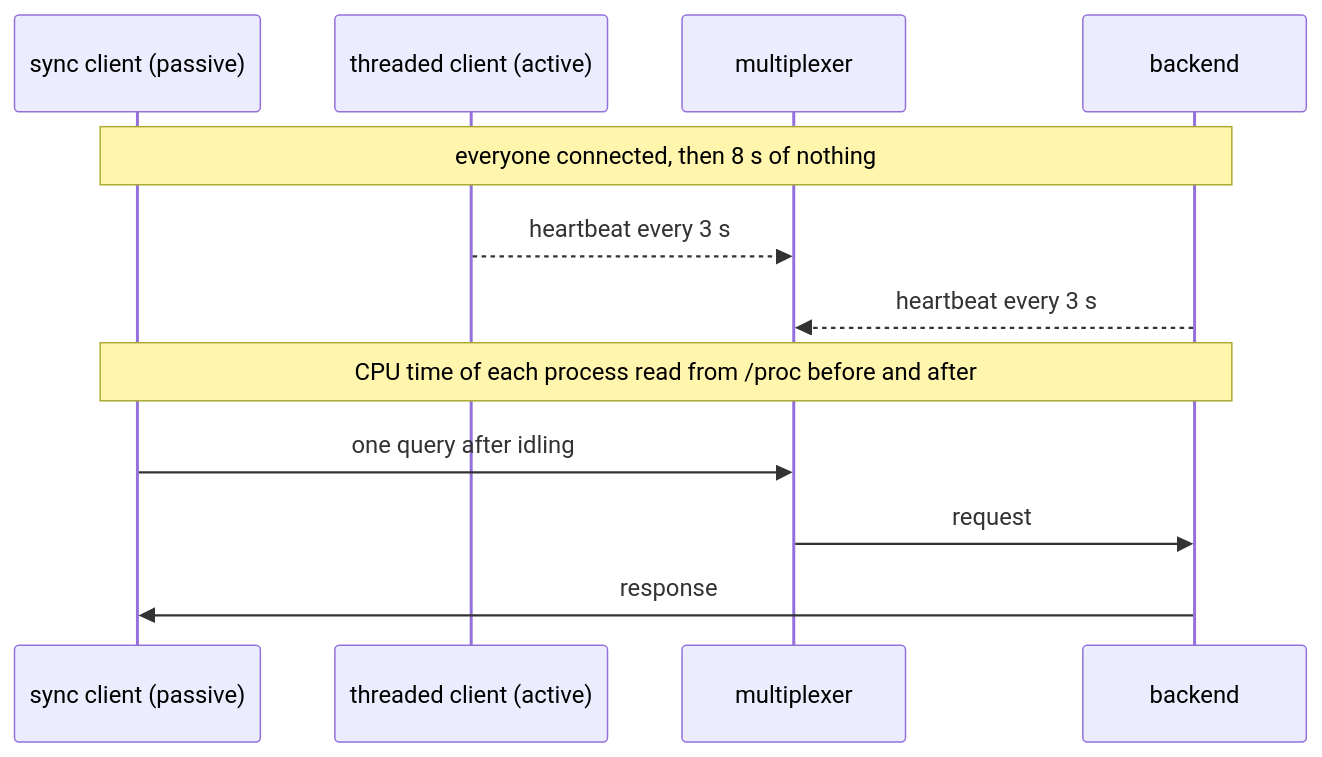
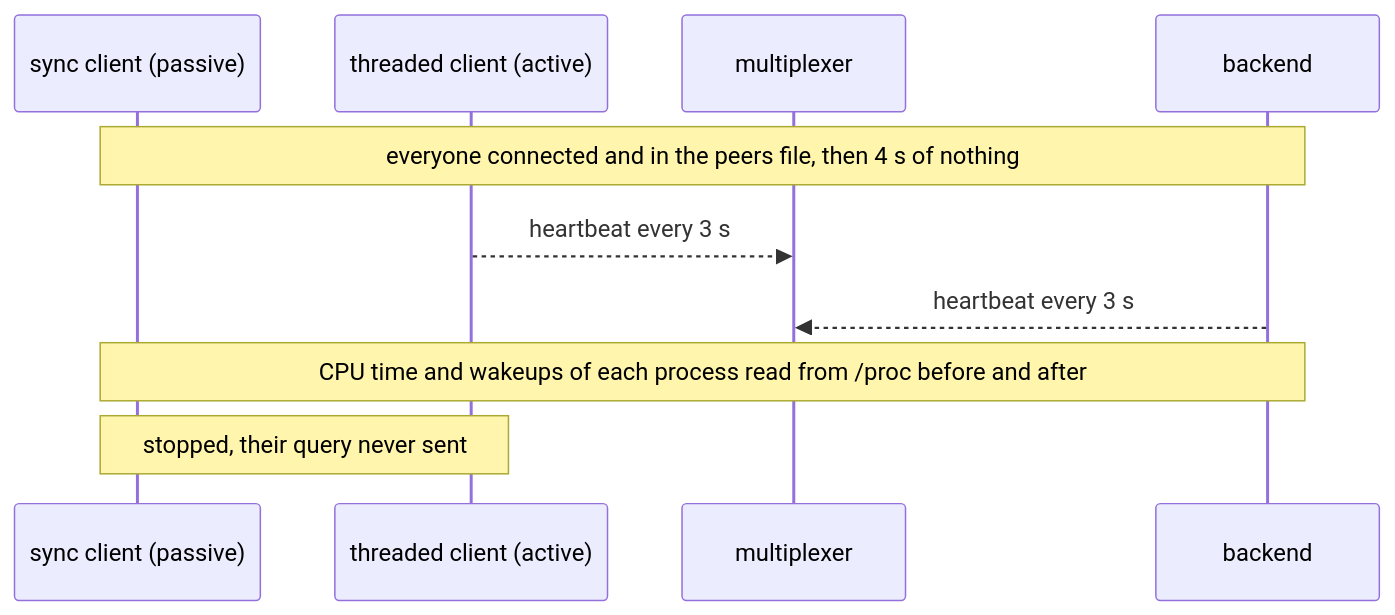
Before and after one commit to kulewski/multiplexer: the diagram in tests/scenarios/idle_cpu/README.md, drawn with Mermaid. The commit also changed other lines of this file and 90 other files, not shown here.

````diff
--- a/tests/scenarios/idle_cpu/README.md
+++ b/tests/scenarios/idle_cpu/README.md
@@ -13,14 +16,12 @@
 ```mermaid
 sequenceDiagram
     participant S as sync client (passive)
     participant T as threaded client (active)
     participant M as multiplexer
     participant B as backend
-    Note over S,B: everyone connected, then 8 s of nothing
+    Note over S,B: everyone connected and in the peers file, then 4 s of nothing
     T-->>M: heartbeat every 3 s
     B-->>M: heartbeat every 3 s
-    Note over S,B: CPU time of each process read from /proc before and after
-    S->>M: one query after idling
-    M->>B: request
-    B->>S: response
+    Note over S,B: CPU time and wakeups of each process read from /proc before and after
+    Note over S,T: stopped, their query never sent
 ```
````
